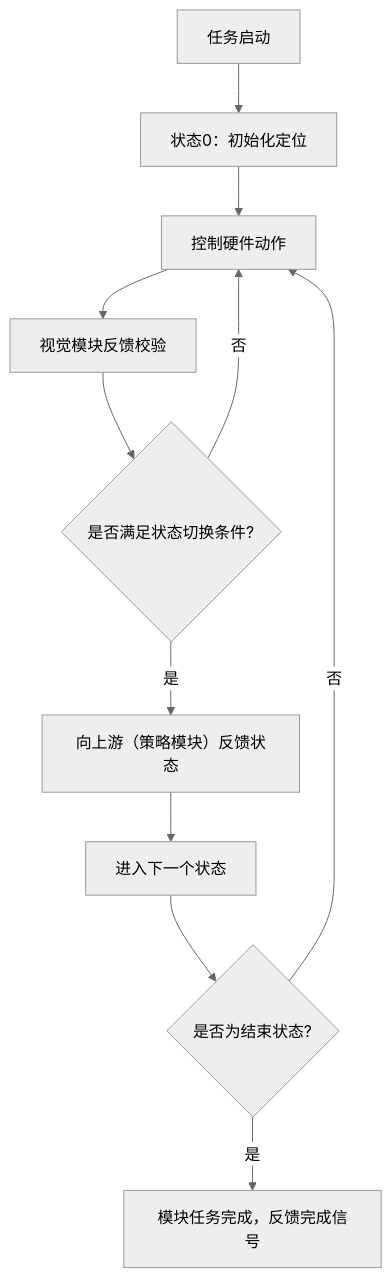
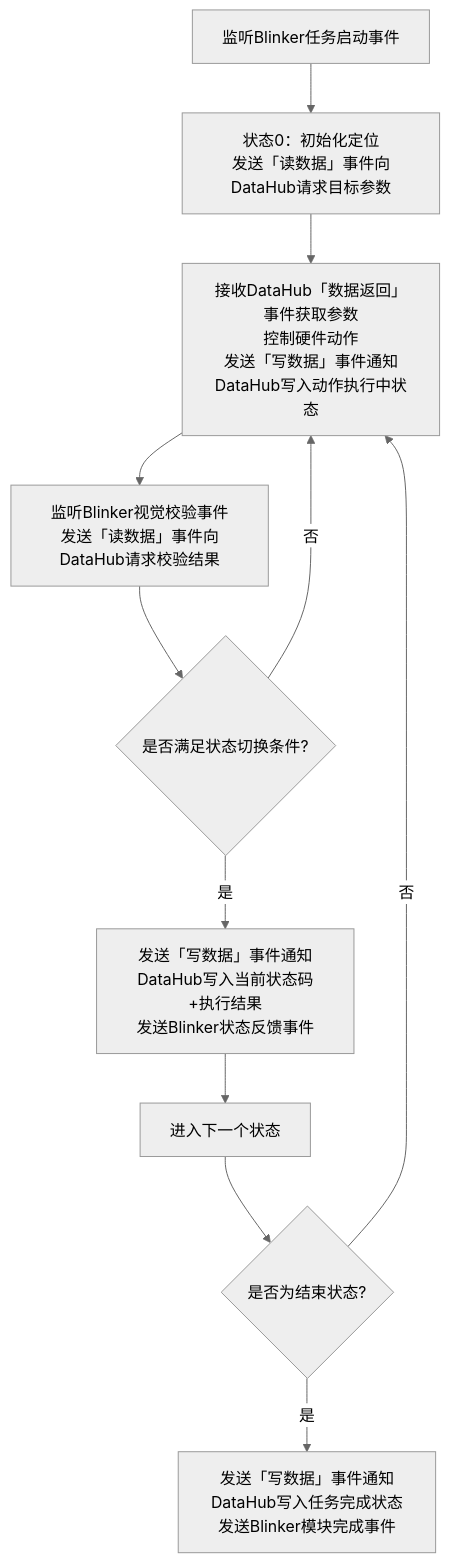
One commit to RaymondzyLei/robogame changed the second of 3 diagrams in doc.md. Above: the diagram before and after it, drawn with Mermaid (neutral theme). The commit also changed other lines of this file and 42 other files, not shown here.

````diff
--- a/doc.md
+++ b/doc.md
@@ -68,13 +100,13 @@
 ```mermaid
 graph TD
-    A[任务启动] --> B[状态0：初始化定位]
-    B --> C[控制硬件动作]
-    C --> D[视觉模块反馈校验]
+    A[监听Blinker任务启动事件] --> B[状态0：初始化定位<br/>发送「读数据」事件向DataHub请求目标参数]
+    B --> C[接收DataHub「数据返回」事件获取参数<br/>控制硬件动作<br/>发送「写数据」事件通知DataHub写入动作执行中状态]
+    C --> D[监听Blinker视觉校验事件<br/>发送「读数据」事件向DataHub请求校验结果]
     D --> E{是否满足状态切换条件?}
-    E -->|是| F[向上游（策略模块）反馈状态]
+    E -->|是| F[发送「写数据」事件通知DataHub写入当前状态码+执行结果<br/>发送Blinker状态反馈事件]
     F --> G[进入下一个状态]
     E -->|否| C
     G --> H{是否为结束状态?}
-    H -->|是| I[模块任务完成，反馈完成信号]
+    H -->|是| I[发送「写数据」事件通知DataHub写入任务完成状态<br/>发送Blinker模块完成事件]
     H -->|否| C
 ```
````
